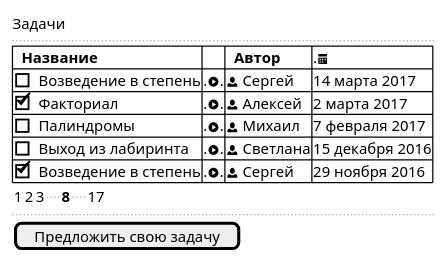
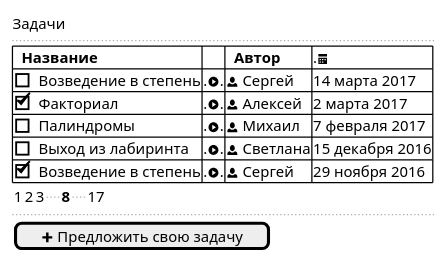
One commit to Daemon712/foobarbaz-backend changed the diagram in design/ui/challenge_list.puml. Above: the diagram before and after it, drawn with PlantUML. The commit also changed 2 other files, not shown here.

```diff
--- a/design/ui/challenge_list.puml
+++ b/design/ui/challenge_list.puml
@@ -1,18 +1,18 @@
 @startuml
 salt
 {
     Задачи
     ..
     {#
         <b>  Название           |.|<b>  Автор |.<&calendar>
         [ ]Возведение в степень |.<&play-circle>.|<&person> Сергей   | 14 марта 2017
         [X]Факториал            |.<&play-circle>.|<&person> Алексей  | 2 марта 2017
         [ ]Палиндромы           |.<&play-circle>.|<&person> Михаил   | 7 февраля 2017
         [ ]Выход из лабиринта   |.<&play-circle>.|<&person> Светлана | 15 декабря 2016
         [X]Возведение в степень |.<&play-circle>.|<&person> Сергей   | 29 ноября 2016
     }
     {1|2|3|...|<b>8|...|17}
     ..
-    [Предложить свою задачу]
+    [<&plus> Предложить свою задачу]
 }
 @enduml
```
